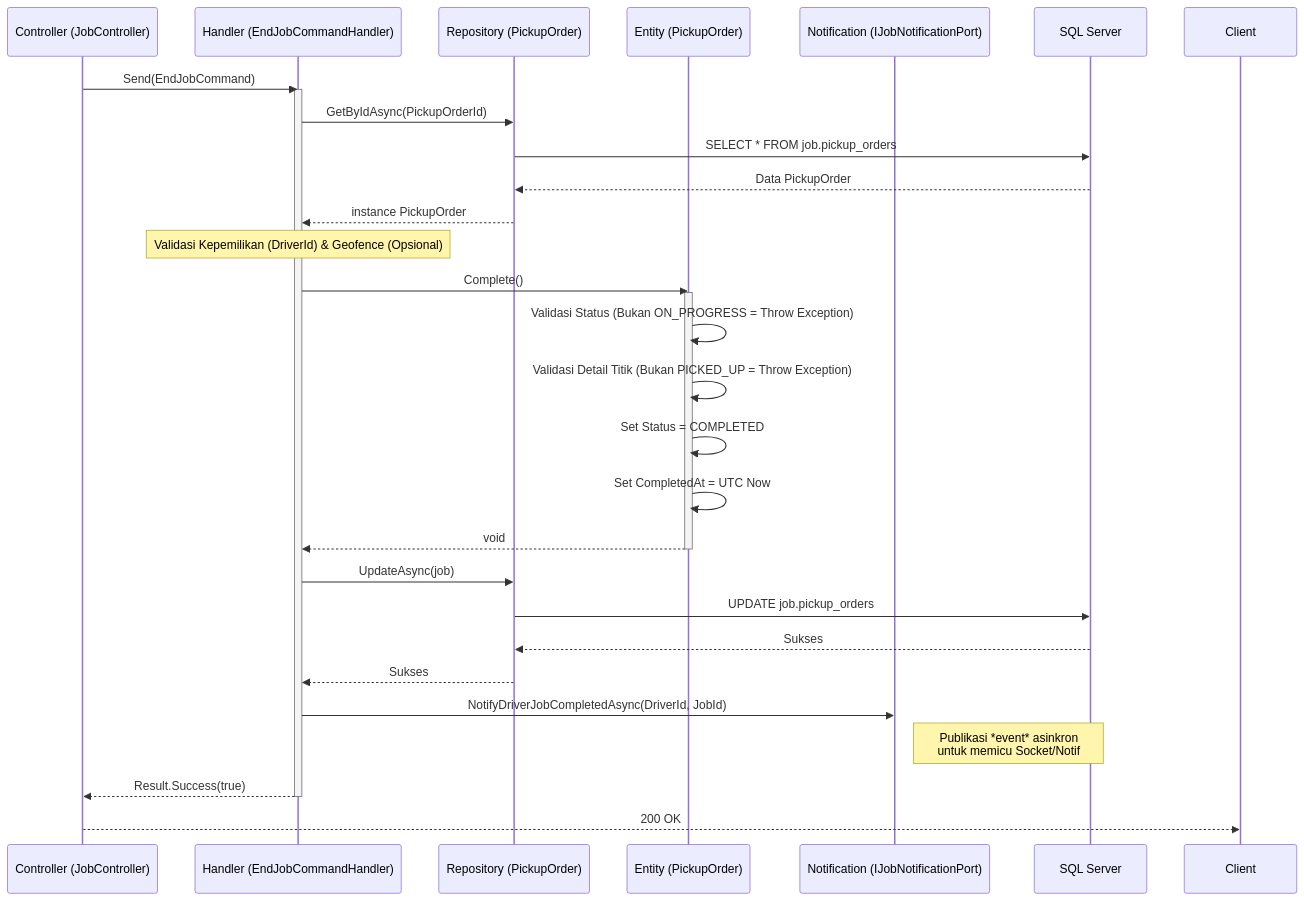
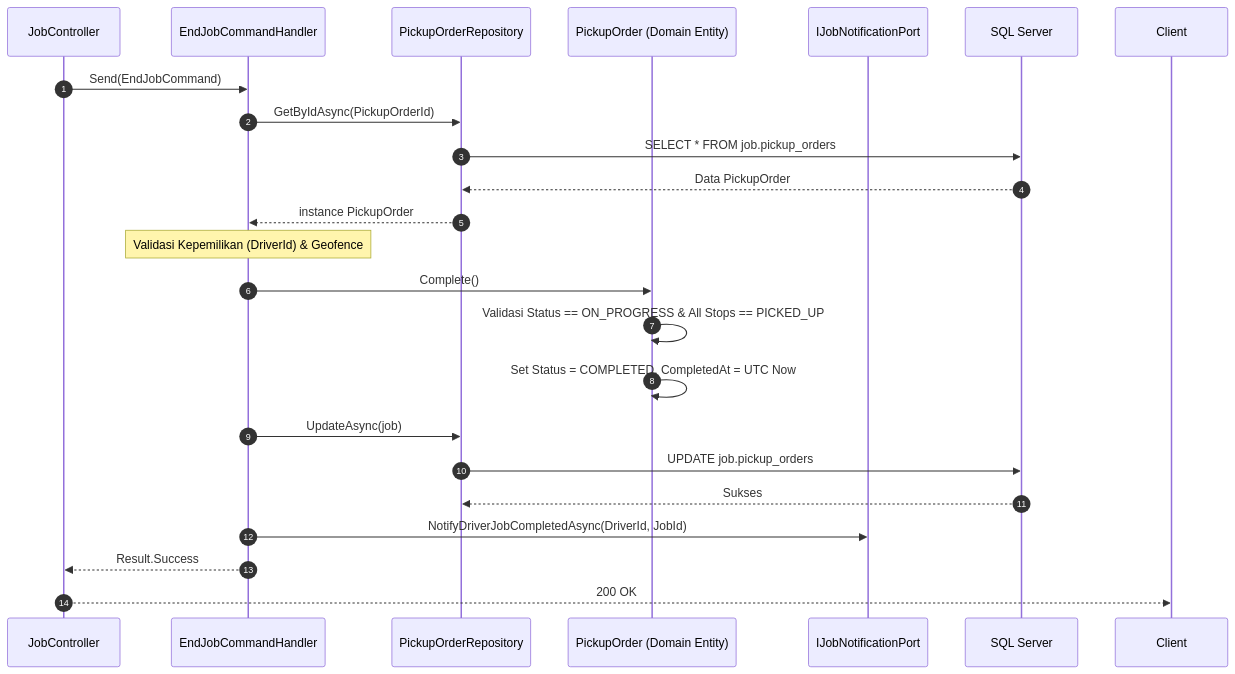
Before and after one commit to odealidj/minione-edcl-net: the diagram in docs/architecture/end-job-system.md, drawn with Mermaid. The commit also changed other lines of this file and 21 other files, not shown here.

````diff
--- a/docs/architecture/end-job-system.md
+++ b/docs/architecture/end-job-system.md
@@ -55,40 +35,30 @@
 ```mermaid
 sequenceDiagram
-    participant C as Controller (JobController)
-    participant H as Handler (EndJobCommandHandler)
-    participant R as Repository (PickupOrder)
-    participant E as Entity (PickupOrder)
-    participant N as Notification (IJobNotificationPort)
+    autonumber
+    participant C as JobController
+    participant H as EndJobCommandHandler
+    participant R as PickupOrderRepository
+    participant E as PickupOrder (Domain Entity)
+    participant N as IJobNotificationPort
     participant DB as SQL Server
 
     C->>H: Send(EndJobCommand)
-    activate H
     H->>R: GetByIdAsync(PickupOrderId)
     R->>DB: SELECT * FROM job.pickup_orders
     DB-->>R: Data PickupOrder
     R-->>H: instance PickupOrder
     
-    note over H: Validasi Kepemilikan (DriverId) & Geofence (Opsional)
+    Note over H: Validasi Kepemilikan (DriverId) & Geofence
     
     H->>E: Complete()
-    activate E
-    E->>E: Validasi Status (Bukan ON_PROGRESS = Throw Exception)
-    E->>E: Validasi Detail Titik (Bukan PICKED_UP = Throw Exception)
-    E->>E: Set Status = COMPLETED
-    E->>E: Set CompletedAt = UTC Now
-    E-->>H: void
-    deactivate E
+    E->>E: Validasi Status == ON_PROGRESS & All Stops == PICKED_UP
+    E->>E: Set Status = COMPLETED, CompletedAt = UTC Now
     
     H->>R: UpdateAsync(job)
     R->>DB: UPDATE job.pickup_orders
     DB-->>R: Sukses
-    R-->>H: Sukses
     
     H->>N: NotifyDriverJobCompletedAsync(DriverId, JobId)
-    note right of N: Publikasi *event* asinkron<br/>untuk memicu Socket/Notif
-    
-    H-->>C: Result.Success(true)
-    deactivate H
-    
+    H-->>C: Result.Success
     C-->>Client: 200 OK
 ```
````
